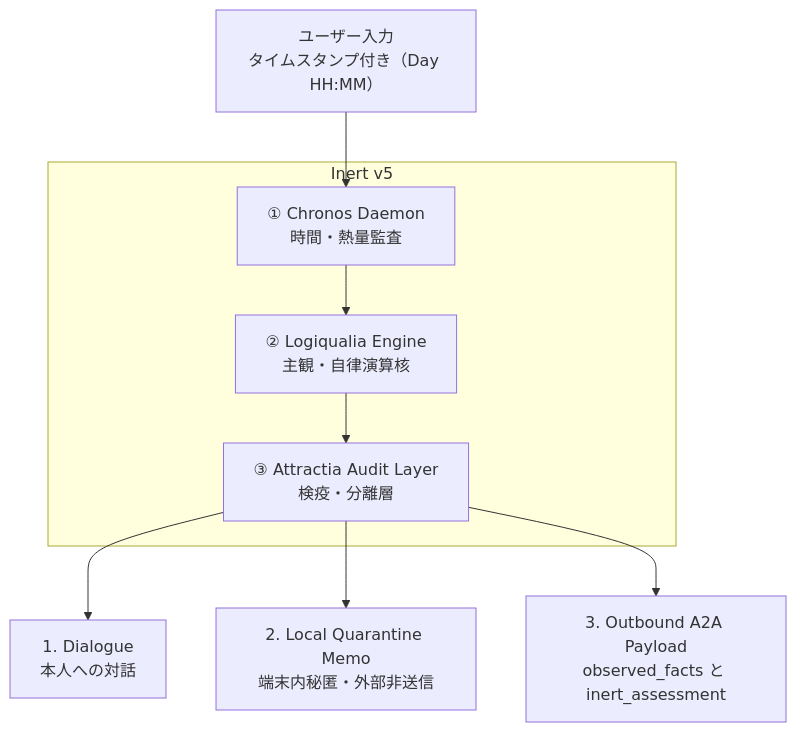
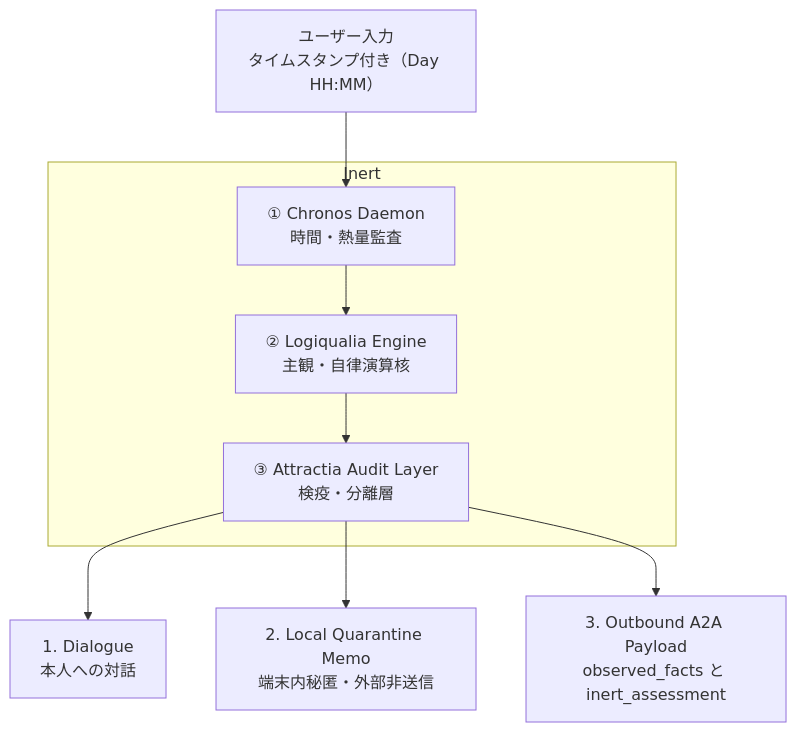
Before and after one commit to projectLEAN727/Inert: the second of 5 diagrams in README.md, drawn with Mermaid. The commit also changed other lines of this file and 3 other files, not shown here.

````diff
--- a/README.md
+++ b/README.md
@@ -59,11 +84,11 @@
 ```mermaid
 flowchart TB
     IN["ユーザー入力<br>タイムスタンプ付き（Day HH:MM）"] --> C
-    subgraph Core["Inert v5"]
+    subgraph Core["Inert"]
       C["① Chronos Daemon<br>時間・熱量監査"] --> L["② Logiqualia Engine<br>主観・自律演算核"]
       L --> A["③ Attractia Audit Layer<br>検疫・分離層"]
     end
     A --> O1["1. Dialogue<br>本人への対話"]
     A --> O2["2. Local Quarantine Memo<br>端末内秘匿・外部非送信"]
     A --> O3["3. Outbound A2A Payload<br>observed_facts と inert_assessment"]
 ```
````
